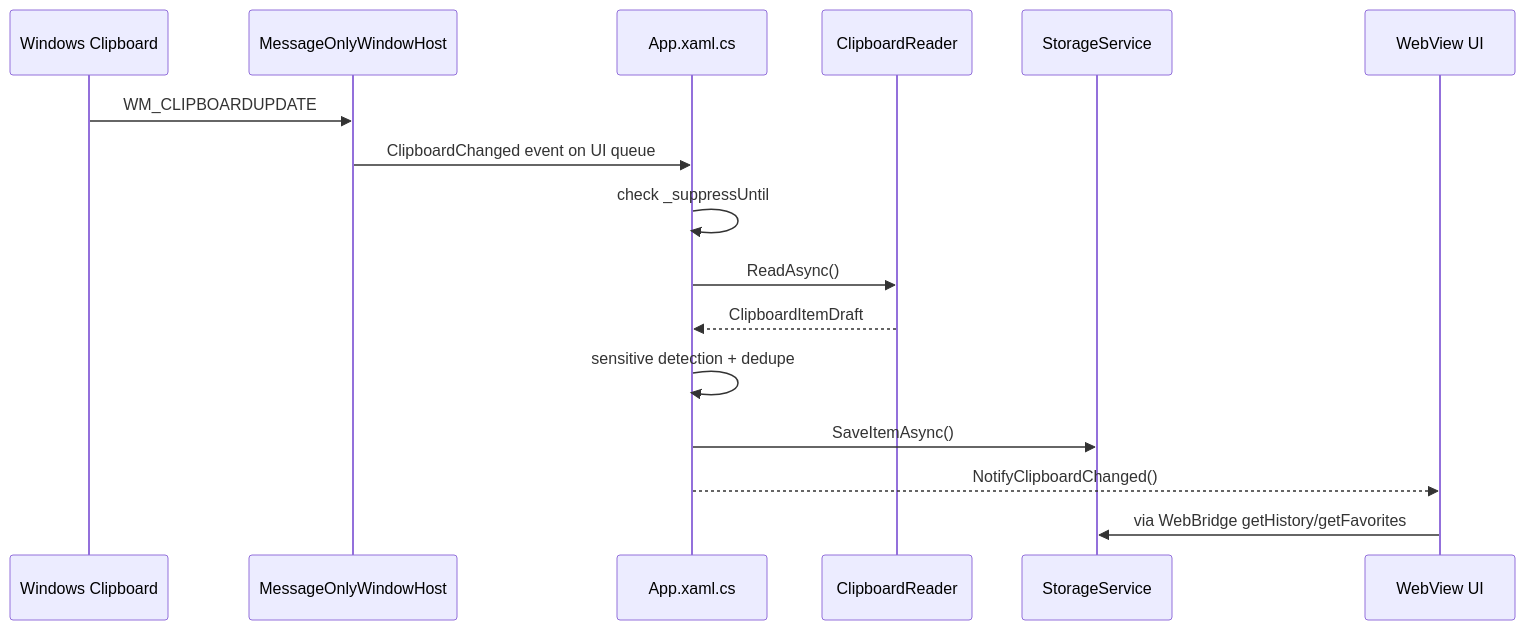
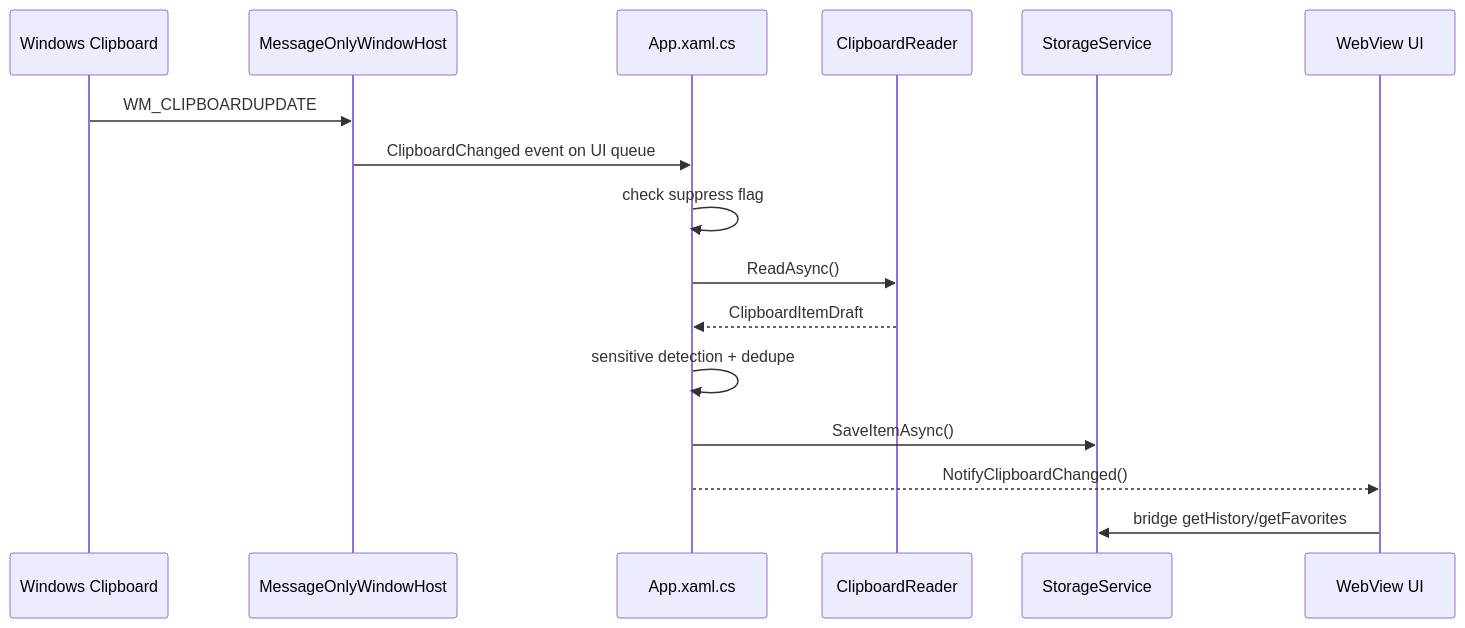
Before and after one commit to KingOF-LiTan/EasyClipBoard-for-Windows11: the second of 5 diagrams in system_map.md, drawn with Mermaid. The commit also changed other lines of this file and 21 other files, not shown here.

````diff
--- a/system_map.md
+++ b/system_map.md
@@ -71,19 +160,19 @@
 ```mermaid
 sequenceDiagram
     participant Windows as Windows Clipboard
     participant Host as MessageOnlyWindowHost
     participant App as App.xaml.cs
     participant Reader as ClipboardReader
     participant Storage as StorageService
     participant UI as WebView UI
 
     Windows->>Host: WM_CLIPBOARDUPDATE
     Host->>App: ClipboardChanged event on UI queue
-    App->>App: check _suppressUntil
+    App->>App: check suppress flag
     App->>Reader: ReadAsync()
     Reader-->>App: ClipboardItemDraft
     App->>App: sensitive detection + dedupe
     App->>Storage: SaveItemAsync()
     App-->>UI: NotifyClipboardChanged()
-    UI->>Storage: via WebBridge getHistory/getFavorites
+    UI->>Storage: bridge getHistory/getFavorites
 ```
````
